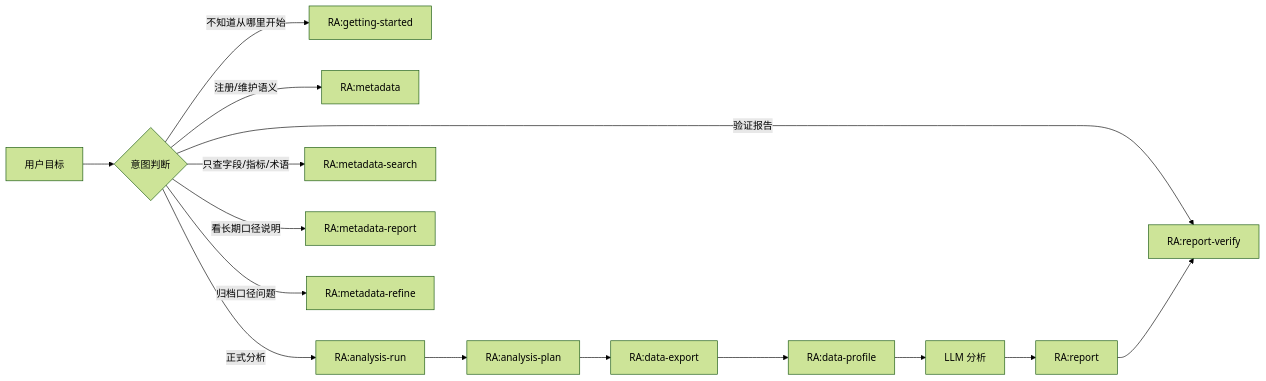
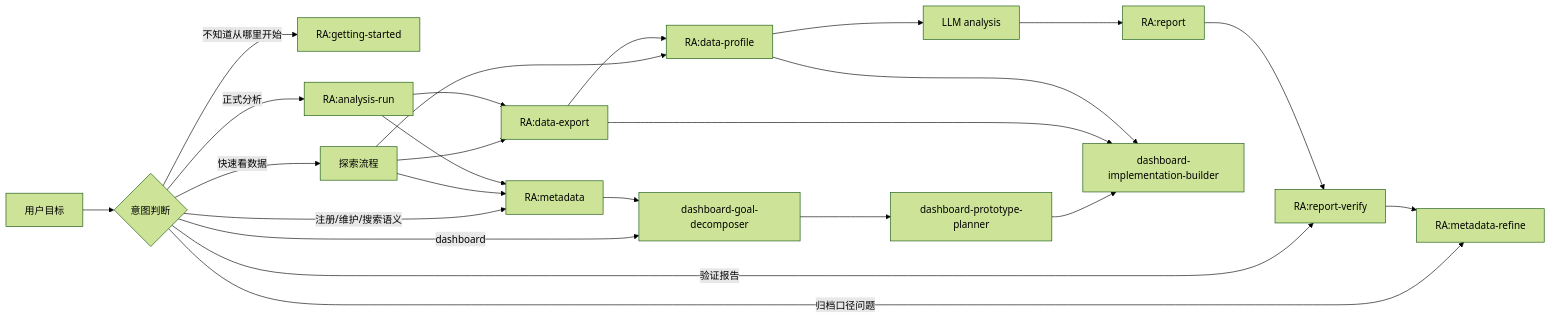
Before and after one commit to dabaige53/RealAnalyst: the diagram in docs/skill-invocation-policy.md, drawn with Mermaid (forest theme). The commit also changed other lines of this file and 8 other files, not shown here.

Commit message:
docs: document skill architecture optimization

````diff
--- a/docs/skill-invocation-policy.md
+++ b/docs/skill-invocation-policy.md
@@ -102,18 +109,29 @@
 ```mermaid
 flowchart LR
     U[用户目标] --> R{意图判断}
     R -->|不知道从哪里开始| GS[RA:getting-started]
-    R -->|注册/维护语义| M[RA:metadata]
+    R -->|注册/维护/搜索语义| M[RA:metadata]
+    R -->|快速看数据| E[探索流程]
     R -->|正式分析| AR[RA:analysis-run]
-    R -->|只查字段/指标/术语| MS[RA:metadata-search]
-    R -->|看长期口径说明| MR[RA:metadata-report]
+    R -->|dashboard| DG[dashboard-goal-decomposer]
+    R -->|验证报告| RV[RA:report-verify]
     R -->|归档口径问题| REF[RA:metadata-refine]
-    R -->|验证报告| RV[RA:report-verify]
 
-    AR --> AP[RA:analysis-plan]
-    AP --> EX[RA:data-export]
-    EX --> DP[RA:data-profile]
-    DP --> A[LLM 分析]
+    E --> M
+    E --> EX[RA:data-export]
+    E --> DP[RA:data-profile]
+
+    AR --> M
+    AR --> EX
+    EX --> DP
+    DP --> A[LLM analysis]
     A --> RPT[RA:report]
     RPT --> RV
+    RV --> REF
+
+    DG --> PP[dashboard-prototype-planner]
+    PP --> BI[dashboard-implementation-builder]
+    M --> DG
+    EX --> BI
+    DP --> BI
 ```
````
